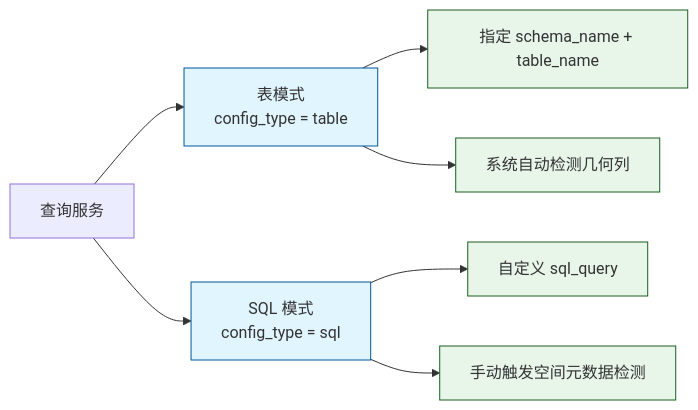
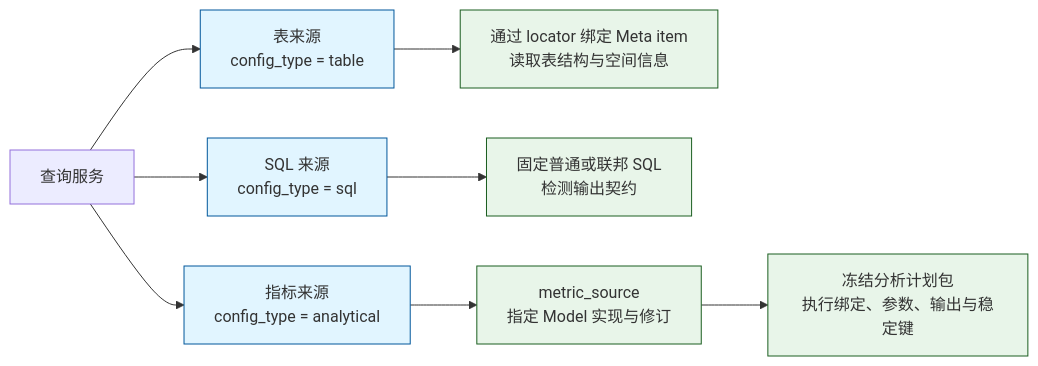
Before and after one commit to pampa0629/addp: the second of 4 diagrams in docs/concepts/addp数据服务体系图.md, drawn with Mermaid. The commit also changed other lines of this file and 137 other files, not shown here.

````diff
--- a/docs/concepts/addp数据服务体系图.md
+++ b/docs/concepts/addp数据服务体系图.md
@@ -70,17 +72,17 @@
 ```mermaid
 graph LR
     QS[查询服务]
-    QS --> TableMode[表模式<br/>config_type = table]
-    QS --> SQLMode[SQL 模式<br/>config_type = sql]
+    QS --> TableMode[表来源<br/>config_type = table]
+    QS --> SQLMode[SQL 来源<br/>config_type = sql]
+    QS --> MetricMode[指标来源<br/>config_type = analytical]
 
-    TableMode --> TM1[指定 schema_name + table_name]
-    TableMode --> TM2[系统自动检测几何列]
-
-    SQLMode --> SM1[自定义 sql_query]
-    SQLMode --> SM2[手动触发空间元数据检测]
+    TableMode --> TM[通过 locator 绑定 Meta item<br/>读取表结构与空间信息]
+    SQLMode --> SM[固定普通或联邦 SQL<br/>检测输出契约]
+    MetricMode --> MM[metric_source<br/>指定 Model 实现与修订]
+    MM --> Package[冻结分析计划包<br/>执行绑定、参数、输出与稳定键]
 
     classDef mode fill:#e1f5ff,stroke:#01579b
     classDef detail fill:#e8f5e9,stroke:#1b5e20
-    class TableMode,SQLMode mode
-    class TM1,TM2,SM1,SM2 detail
+    class TableMode,SQLMode,MetricMode mode
+    class TM,SM,MM,Package detail
 ```
````
